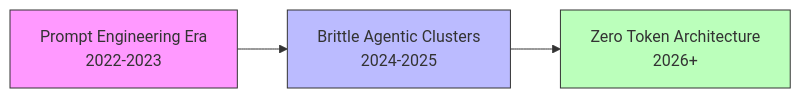
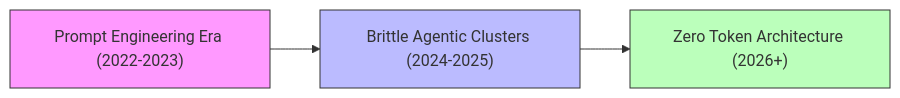
The first of 2 diagrams in README.md (ishandutta2007/Awesome-Zero-Token-Architecture), drawn with Mermaid before and after one commit. The commit also changed other lines of this file, not shown here.

Commit message:
fixed mermaid blocks

````diff
--- a/README.md
+++ b/README.md
@@ -15,9 +15,9 @@
 ```mermaid
-graph LR
-    PE[Prompt Engineering Era <br> 2022-2023] --> AA[Brittle Agentic Clusters <br> 2024-2025]
-    AA --> ZTA[Zero Token Architecture <br> 2026+]
+flowchart LR
+    PE["Prompt Engineering Era (2022-2023)"] --> AA["Brittle Agentic Clusters (2024-2025)"]
+    AA --> ZTA["Zero Token Architecture (2026+)"]
     
     style PE fill:#f9f,stroke:#333,stroke-width:1px
     style AA fill:#bbf,stroke:#333,stroke-width:1px
     style ZTA fill:#bfb,stroke:#333,stroke-width:1px
 ```
````
